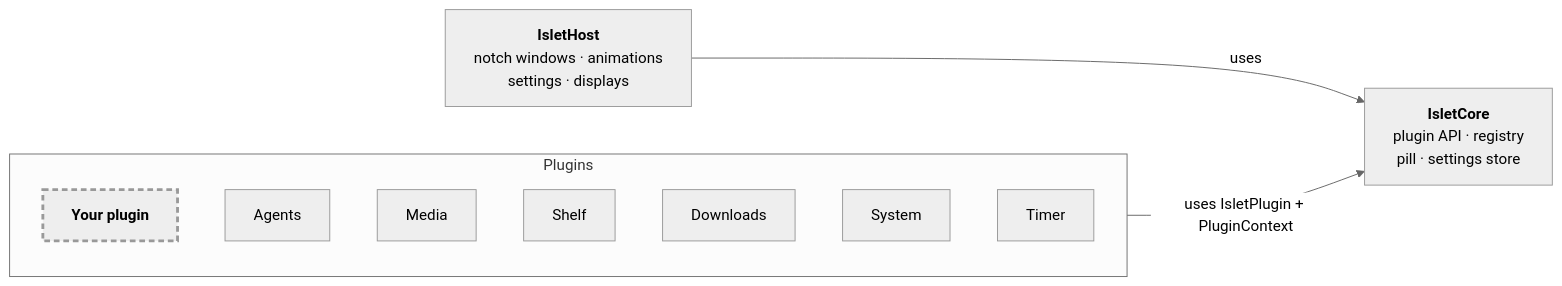
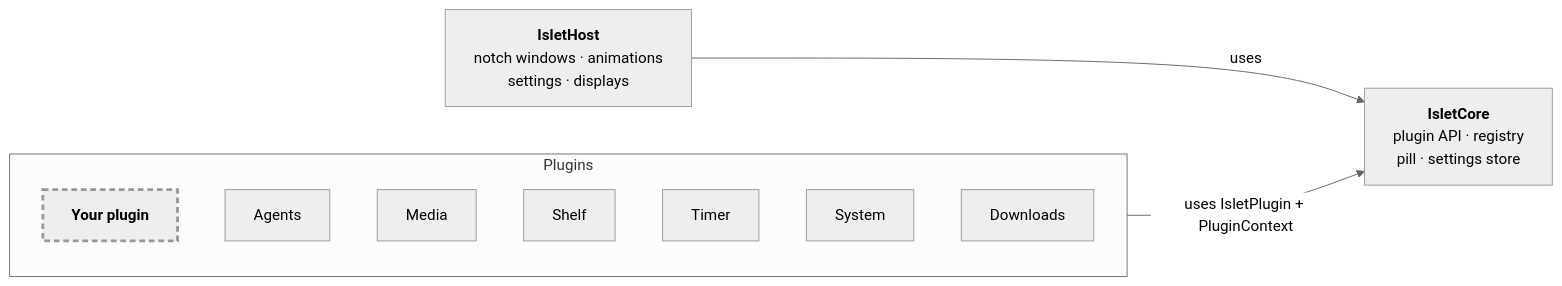
One commit to MariSchn/Islet changed the diagram in README.md. Above: the diagram before and after it, drawn with Mermaid (neutral theme). The commit also changed other lines of this file and 3 other files, not shown here.

````diff
--- a/README.md
+++ b/README.md
@@ -226,20 +224,20 @@
 ```mermaid
 flowchart LR
     subgraph plugins["Plugins"]
         direction TB
         yours["<b>Your plugin</b>"]
         agents["Agents"]
         media["Media"]
         shelf["Shelf"]
-        downloads["Downloads"]
+        timer["Timer"]
 
         system["System"]
 
-        timer["Timer"]
+        downloads["Downloads"]
     end
     core["<b>IsletCore</b><br/>plugin API · registry<br/>pill · settings store"]
     host["<b>IsletHost</b><br/>notch windows · animations<br/>settings · displays"]
     plugins -->|"uses IsletPlugin + PluginContext"| core
     host -->|uses| core
     style yours stroke-width:3px,stroke-dasharray:6 4
 ```
````
